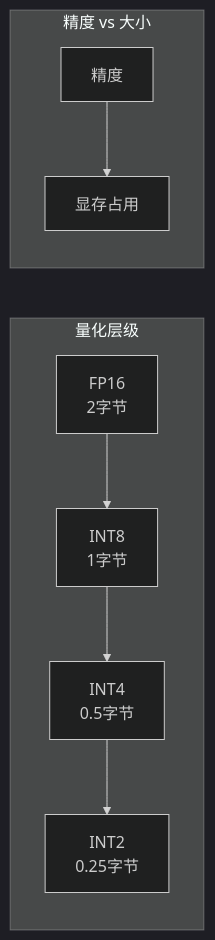
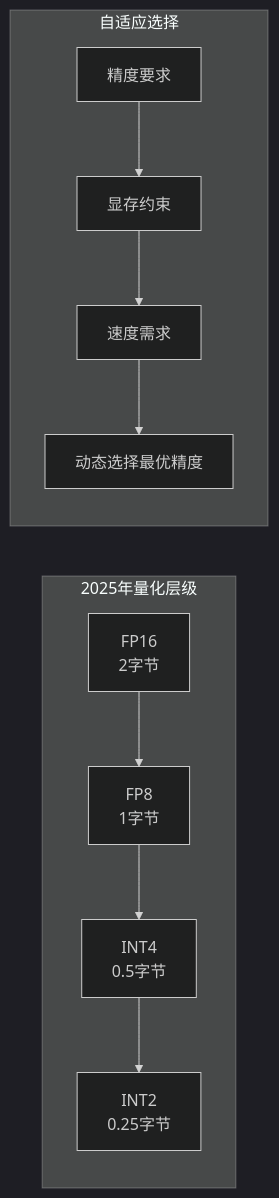
The seventh of 13 diagrams in learning/website/docs/basics/15-kv-cache.md (Xunzhuo/mini-sglang), drawn with Mermaid (dark theme) before and after one commit. The commit also changed other lines of this file and 9 other files, not shown here.

````diff
--- a/learning/website/docs/basics/15-kv-cache.md
+++ b/learning/website/docs/basics/15-kv-cache.md
@@ -239,12 +348,14 @@
 ```mermaid
 graph LR
-    subgraph "量化层级"
-        FP16[FP16<br/>2字节] --> INT8[INT8<br/>1字节]  
-        INT8 --> INT4[INT4<br/>0.5字节]
+    subgraph "2025年量化层级"
+        FP16[FP16<br/>2字节] --> FP8[FP8<br/>1字节]  
+        FP8 --> INT4[INT4<br/>0.5字节]
         INT4 --> INT2[INT2<br/>0.25字节]
     end
     
-    subgraph "精度 vs 大小"
-        Accuracy[精度] --> Size[显存占用]
+    subgraph "自适应选择"
+        Accuracy[精度要求] --> Size[显存约束]
+        Size --> Speed[速度需求]
+        Speed --> Dynamic[动态选择最优精度]
     end
 ```
````
